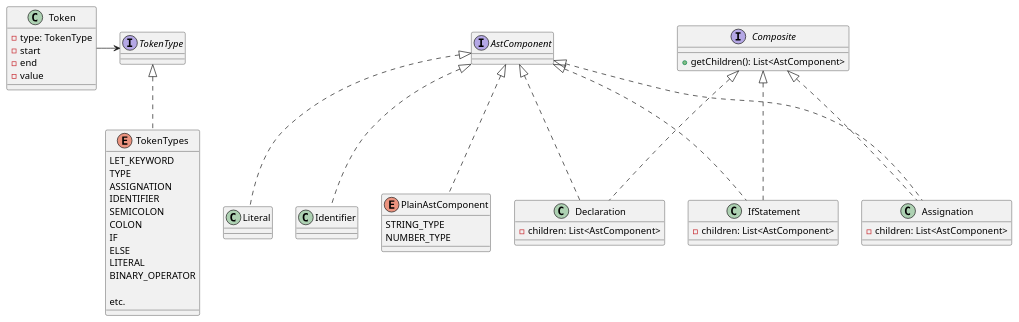
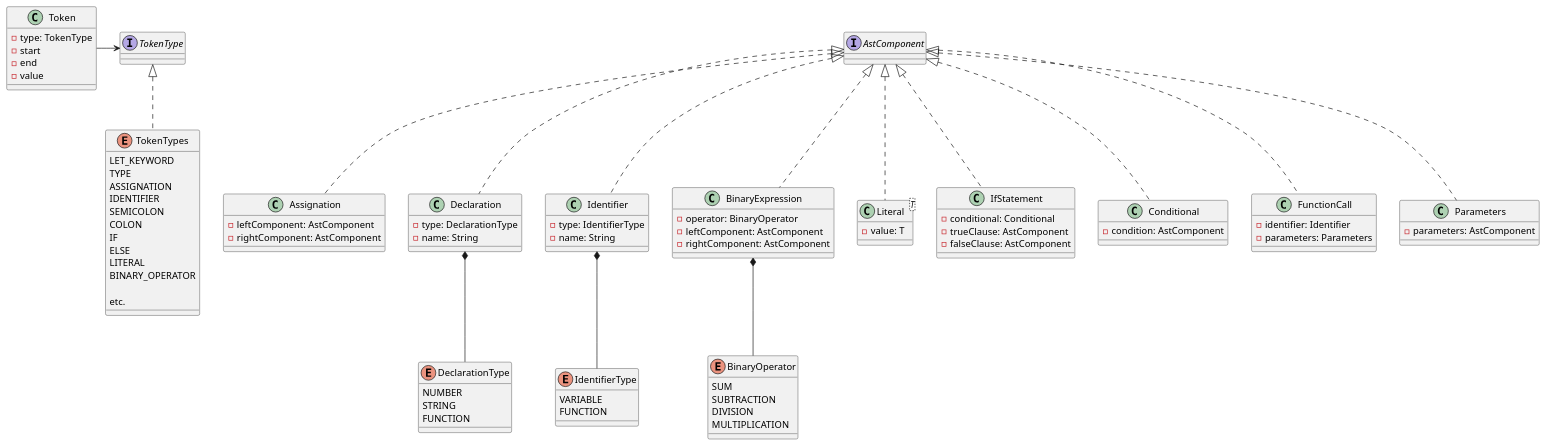
One commit to Al-Fajor/printscript changed the diagram in diagrams/models.puml. Above: the diagram before and after it, drawn with PlantUML. The commit also changed 1 other file, not shown here.

Commit message:
updated models.puml and added generics to Literal

```diff
--- a/diagrams/models.puml
+++ b/diagrams/models.puml
@@ -1,120 +1,175 @@
 @startuml
 'interface Lexer {
 '+ lex(char[]): List<Token>
 '}
 'interface Parser
 'interface Interpreter {
 '}
 
 'class Runner
 
 'class Token {
 'TokenType type
 'Integer start
 'Integer end
 'String value
 '}
 
 'interface Token {
 'getStart(): Integer
 'getEnd(): Integer
 'getValue(): String
 '}
 '
 'class StringToken implements Token {
 '
 '}
 '
 'class NumberToken implements Token {
 '
 '}
 
 class Token {
 - type: TokenType
 - start
 - end
 - value
 }
 interface TokenType {
 }
 enum TokenTypes implements TokenType {
 LET_KEYWORD
 TYPE
 ASSIGNATION
 IDENTIFIER
 SEMICOLON
 COLON
 IF
 ELSE
 LITERAL
 BINARY_OPERATOR
 
 etc.
 }
 Token -> TokenType
 
 'class Ast {
 '    AstType type
 '    List<Ast> children
 '}
 '
 'Ast --> AstType
 '
 'interface AstType {
 '
 '}
 
 'enum AstTypes implements AstType {
 '    DECLARATION
 '    ASSIGNATION
 '    LITERAL
 '    VALUE
 '    STRING_TYPE
 '    NUMBER_TYPE
 '    IDENTIFIER
 '    IF_STATEMENT
 '    BINARY_EXPRESSION
 '    BLOCK_STATEMENT
 '
 '}
 
 'Ast *-> Ast
 
 'Runner --> Lexer
 'Runner --> Parser
 'Runner --> Interpreter
 
 'Ast *-> Token
 '
 'Lexer --> Token
 'Parser --> Token
 'Parser --> Ast
 'Interpreter --> Ast
 
-interface AstComponent {
+'interface AstComponent {
+'
+'}
+'
+'class Literal implements AstComponent
+'class Identifier implements AstComponent
+'
+'class Declaration implements AstComponent, Composite {
+'- children: List<AstComponent>
+'}
+'class IfStatement implements AstComponent, Composite {
+'- children: List<AstComponent>
+'}
+'class Assignation implements AstComponent, Composite {
+'- children: List<AstComponent>
+'}
+'
+'interface Composite {
+'+ getChildren(): List<AstComponent>
+'}
+'
+'enum PlainAstComponent implements AstComponent {
+'    STRING_TYPE
+'    NUMBER_TYPE
+'}
+enum DeclarationType {
+    NUMBER
+    STRING
+    FUNCTION
+}
+enum IdentifierType {
+    VARIABLE
+    FUNCTION
+}
+enum BinaryOperator {
+    SUM
+    SUBTRACTION
+    DIVISION
+    MULTIPLICATION
+}
+interface AstComponent
+class Assignation implements AstComponent {
+    -leftComponent: AstComponent
+    -rightComponent: AstComponent
+}
+class Declaration implements AstComponent {
+    -type: DeclarationType
+    -name: String
+}
+class Identifier implements AstComponent {
+    -type: IdentifierType
+    -name: String
+}
+class BinaryExpression implements AstComponent {
+    -operator: BinaryOperator
+    -leftComponent: AstComponent
+    -rightComponent: AstComponent
+}
+class Literal<T> implements AstComponent {
+    -value: T
+}
+class IfStatement implements AstComponent {
+    -conditional: Conditional
+    -trueClause: AstComponent
+    -falseClause: AstComponent
+}
+class Conditional implements AstComponent {
+    -condition: AstComponent
+}
+class FunctionCall implements AstComponent {
+    -identifier: Identifier
+    -parameters: Parameters
+}
+class Parameters implements AstComponent {
+    -parameters: AstComponent
+}
+Declaration *-- DeclarationType
+Identifier *-- IdentifierType
+BinaryExpression *-- BinaryOperator
 
-}
-
-class Literal implements AstComponent
-class Identifier implements AstComponent
-
-class Declaration implements AstComponent, Composite {
-- children: List<AstComponent>
-}
-class IfStatement implements AstComponent, Composite {
-- children: List<AstComponent>
-}
-class Assignation implements AstComponent, Composite {
-- children: List<AstComponent>
-}
-
-interface Composite {
-+ getChildren(): List<AstComponent>
-}
-
-enum PlainAstComponent implements AstComponent {
-    STRING_TYPE
-    NUMBER_TYPE
-}
 
 @enduml
```
